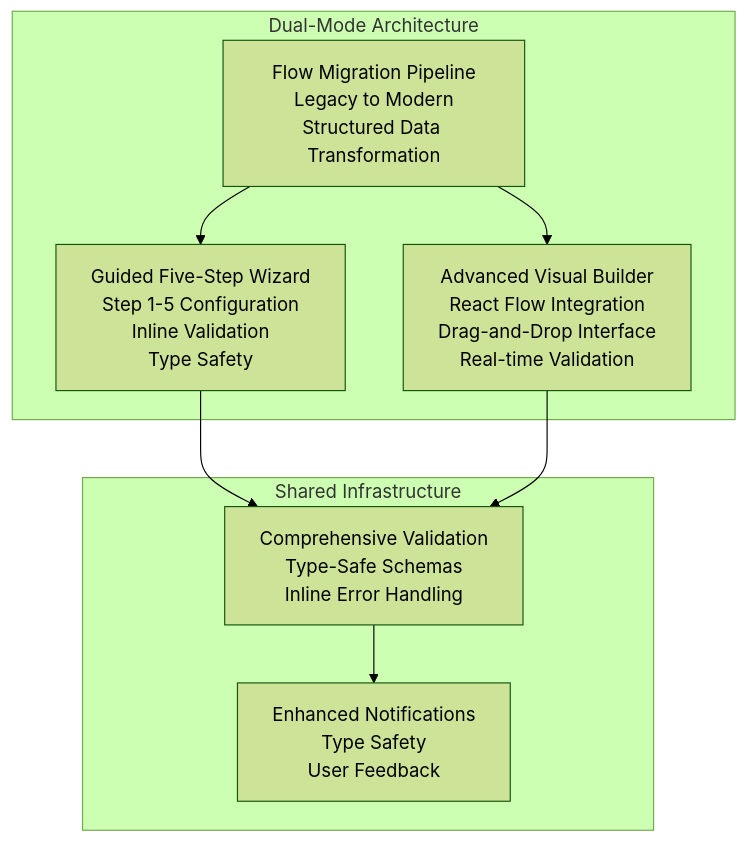
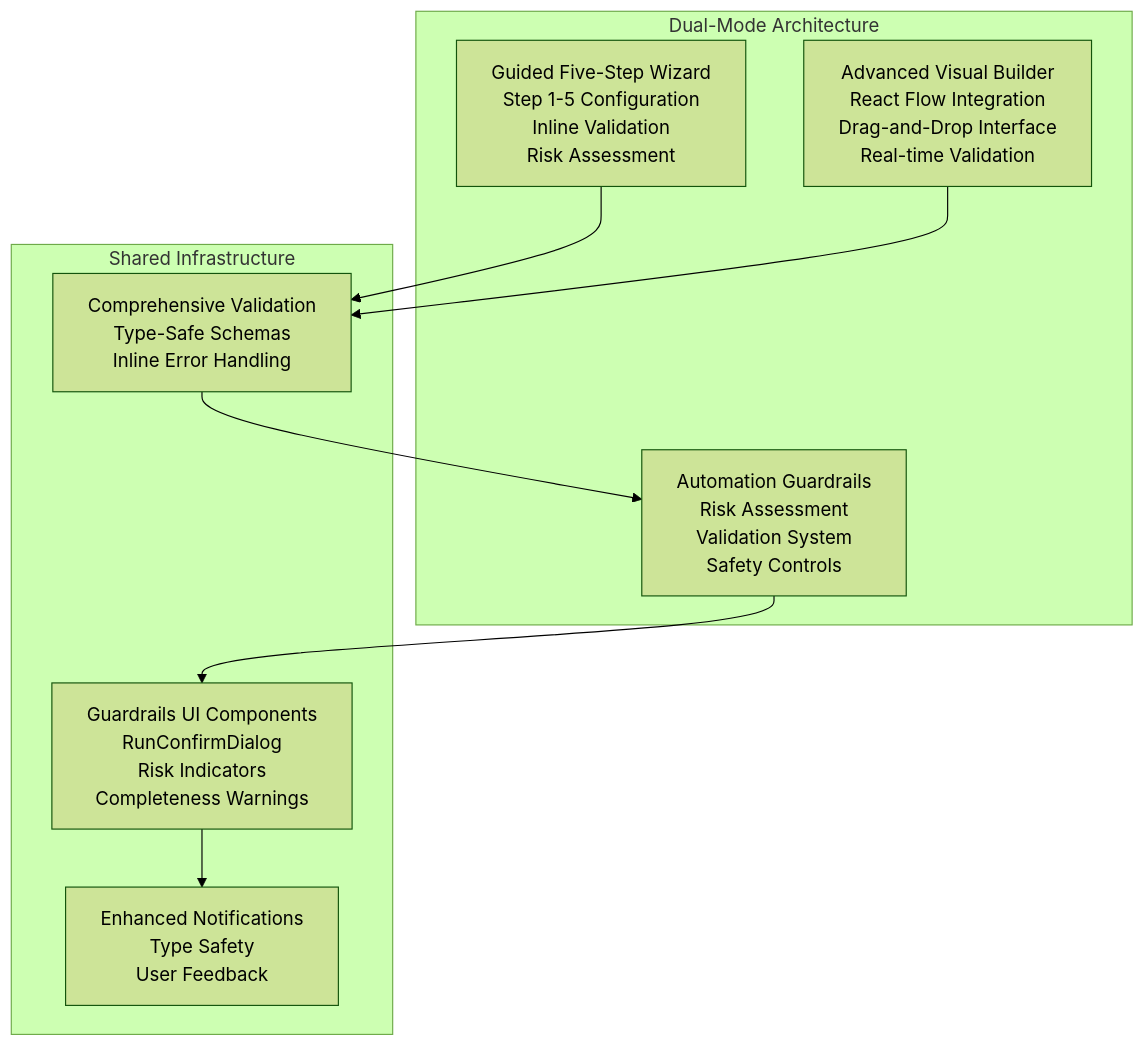
The first of 8 diagrams in .qoder/repowiki/en/content/Automation System/Automation System.md (gastaldellomarco/pcReady), drawn with Mermaid (forest theme) before and after one commit. The commit also changed other lines of this file and 12 other files, not shown here.

````diff
--- a/.qoder/repowiki/en/content/Automation System/Automation System.md
+++ b/.qoder/repowiki/en/content/Automation System/Automation System.md
@@ -77,17 +83,18 @@
 ```mermaid
 graph TB
 subgraph "Dual-Mode Architecture"
-Wizard["Guided Five-Step Wizard<br/>Step 1-5 Configuration<br/>Inline Validation<br/>Type Safety"]
+Wizard["Guided Five-Step Wizard<br/>Step 1-5 Configuration<br/>Inline Validation<br/>Risk Assessment"]
 VisualBuilder["Advanced Visual Builder<br/>React Flow Integration<br/>Drag-and-Drop Interface<br/>Real-time Validation"]
-Migration["Flow Migration Pipeline<br/>Legacy to Modern<br/>Structured Data Transformation"]
+Guardrails["Automation Guardrails<br/>Risk Assessment<br/>Validation System<br/>Safety Controls"]
 end
 subgraph "Shared Infrastructure"
 Validation["Comprehensive Validation<br/>Type-Safe Schemas<br/>Inline Error Handling"]
 Notifications["Enhanced Notifications<br/>Type Safety<br/>User Feedback"]
+GuardrailsUI["Guardrails UI Components<br/>RunConfirmDialog<br/>Risk Indicators<br/>Completeness Warnings"]
 end
 Wizard --> Validation
 VisualBuilder --> Validation
-Validation --> Notifications
-Migration --> Wizard
-Migration --> VisualBuilder
+Validation --> Guardrails
+Guardrails --> GuardrailsUI
+GuardrailsUI --> Notifications
 ```
````
